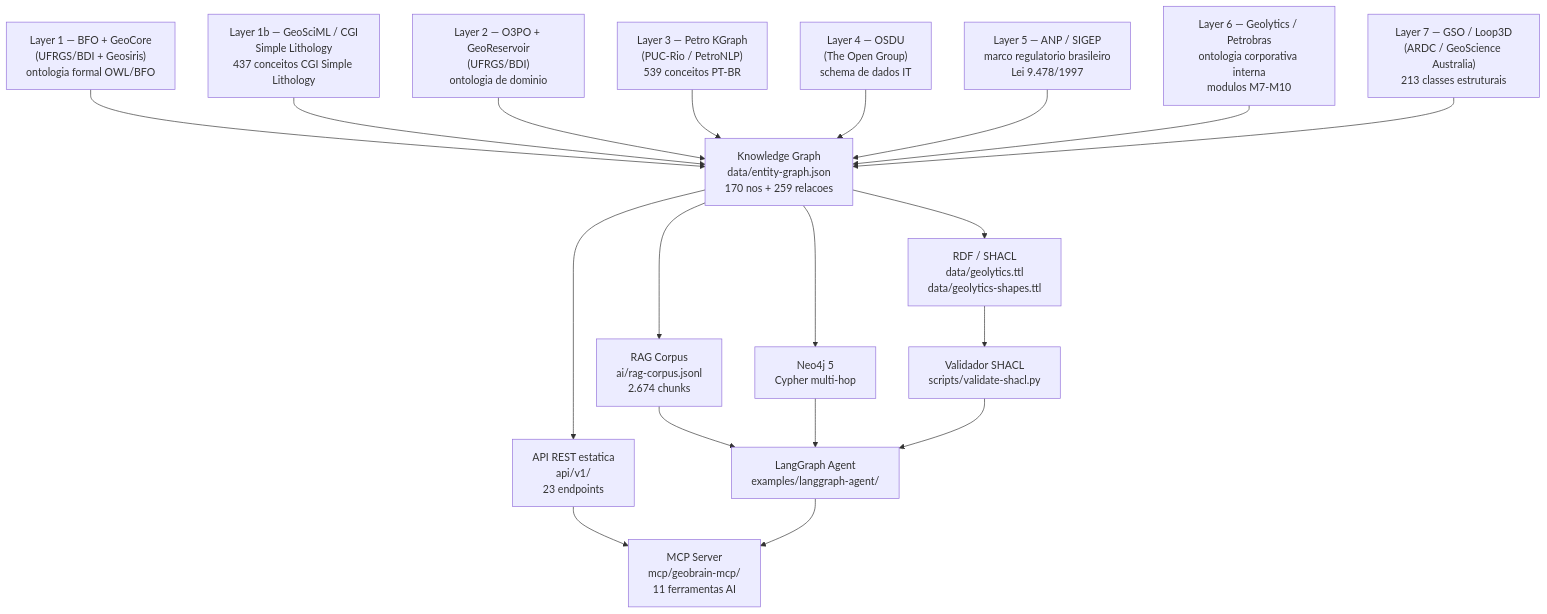
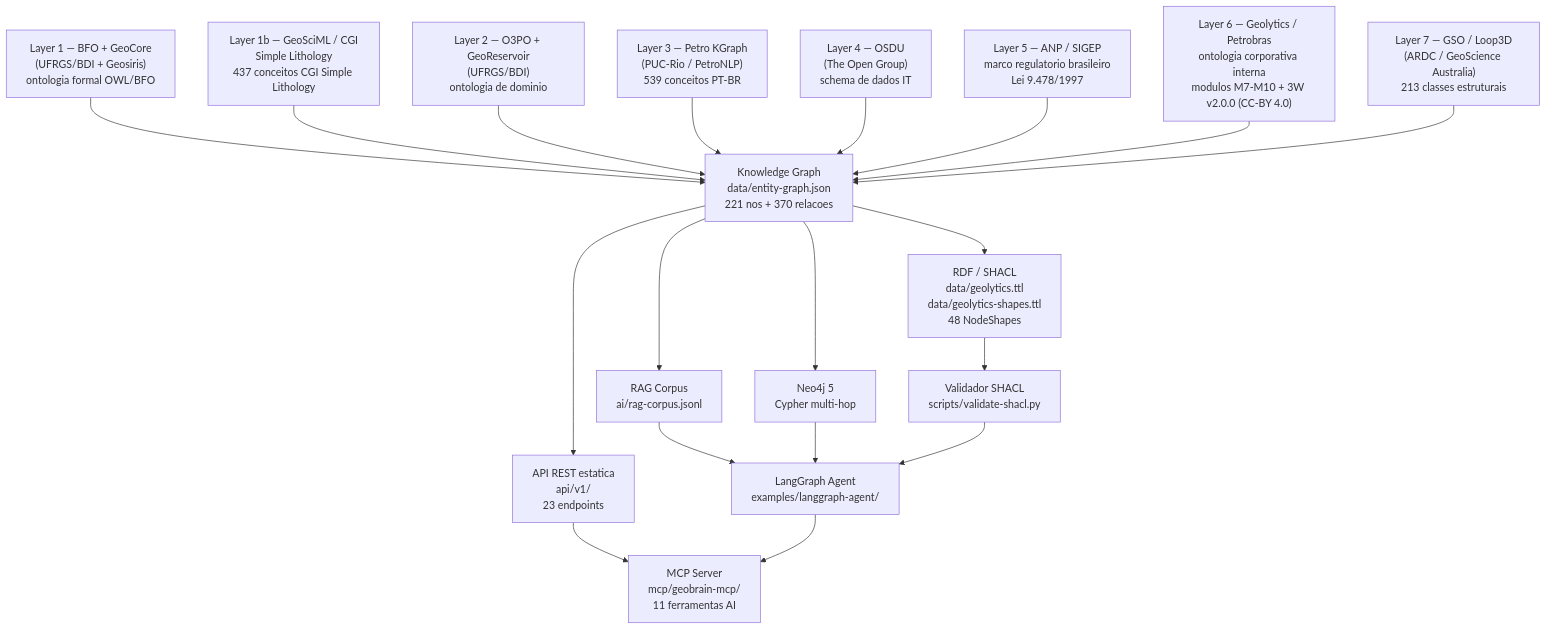
One commit to thiagoflc/geolytics-dictionary changed the first of 4 diagrams in docs/ARCHITECTURE.md. Above: the diagram before and after it, drawn with Mermaid. The commit also changed other lines of this file and 98 other files, not shown here.

````diff
--- a/docs/ARCHITECTURE.md
+++ b/docs/ARCHITECTURE.md
@@ -11,32 +11,32 @@
 ```mermaid
 graph TD
     L1["Layer 1 — BFO + GeoCore<br/>(UFRGS/BDI + Geosiris)<br/>ontologia formal OWL/BFO"]
     L1B["Layer 1b — GeoSciML / CGI<br/>Simple Lithology<br/>437 conceitos CGI Simple Lithology"]
     L2["Layer 2 — O3PO + GeoReservoir<br/>(UFRGS/BDI)<br/>ontologia de dominio"]
     L3["Layer 3 — Petro KGraph<br/>(PUC-Rio / PetroNLP)<br/>539 conceitos PT-BR"]
     L4["Layer 4 — OSDU<br/>(The Open Group)<br/>schema de dados IT"]
     L5["Layer 5 — ANP / SIGEP<br/>marco regulatorio brasileiro<br/>Lei 9.478/1997"]
-    L6["Layer 6 — Geolytics / Petrobras<br/>ontologia corporativa interna<br/>modulos M7-M10"]
+    L6["Layer 6 — Geolytics / Petrobras<br/>ontologia corporativa interna<br/>modulos M7-M10 + 3W v2.0.0 (CC-BY 4.0)"]
     L7["Layer 7 — GSO / Loop3D<br/>(ARDC / GeoScience Australia)<br/>213 classes estruturais"]
 
-    L1 --> KG["Knowledge Graph<br/>data/entity-graph.json<br/>170 nos + 259 relacoes"]
+    L1 --> KG["Knowledge Graph<br/>data/entity-graph.json<br/>221 nos + 370 relacoes"]
     L1B --> KG
     L2 --> KG
     L3 --> KG
     L4 --> KG
     L5 --> KG
     L6 --> KG
     L7 --> KG
 
     KG --> API["API REST estatica<br/>api/v1/<br/>23 endpoints"]
-    KG --> RAG["RAG Corpus<br/>ai/rag-corpus.jsonl<br/>2.674 chunks"]
+    KG --> RAG["RAG Corpus<br/>ai/rag-corpus.jsonl"]
     KG --> NEO["Neo4j 5<br/>Cypher multi-hop"]
-    KG --> TTL["RDF / SHACL<br/>data/geolytics.ttl<br/>data/geolytics-shapes.ttl"]
+    KG --> TTL["RDF / SHACL<br/>data/geolytics.ttl<br/>data/geolytics-shapes.ttl<br/>48 NodeShapes"]
 
     API --> MCP["MCP Server<br/>mcp/geobrain-mcp/<br/>11 ferramentas AI"]
     RAG --> AGENT["LangGraph Agent<br/>examples/langgraph-agent/"]
     NEO --> AGENT
     TTL --> SHACL["Validador SHACL<br/>scripts/validate-shacl.py"]
     SHACL --> AGENT
     AGENT --> MCP
 ```
````
